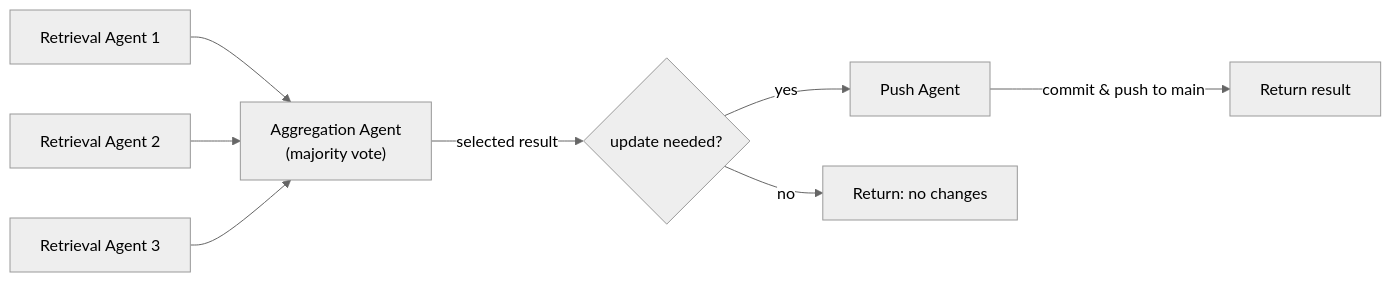
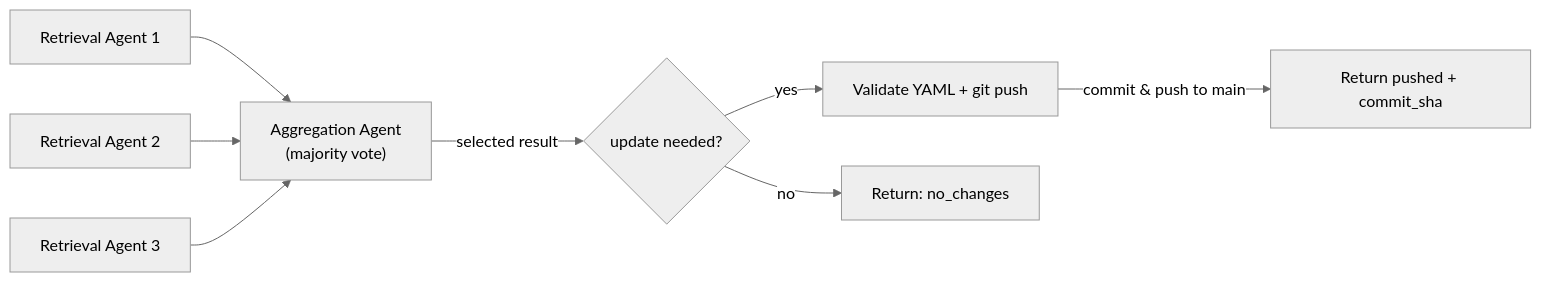
One commit to huggingface/ai-deadlines changed the diagram in agents/README.md. Above: the diagram before and after it, drawn with Mermaid (neutral theme). The commit also changed other lines of this file and 18 other files, not shown here.

````diff
--- a/agents/README.md
+++ b/agents/README.md
@@ -83,10 +83,10 @@
 ```mermaid
 flowchart LR
     A1["Retrieval Agent 1"] --> V["Aggregation Agent\n(majority vote)"]
     A2["Retrieval Agent 2"] --> V
     A3["Retrieval Agent 3"] --> V
     V -->|"selected result"| C{update needed?}
-    C -->|yes| D["Push Agent"]
-    C -->|no| E["Return: no changes"]
-    D -->|"commit & push to main"| F["Return result"]
+    C -->|yes| D["Validate YAML + git push"]
+    C -->|no| E["Return: no_changes"]
+    D -->|"commit & push to main"| F["Return pushed + commit_sha"]
 ```
````
